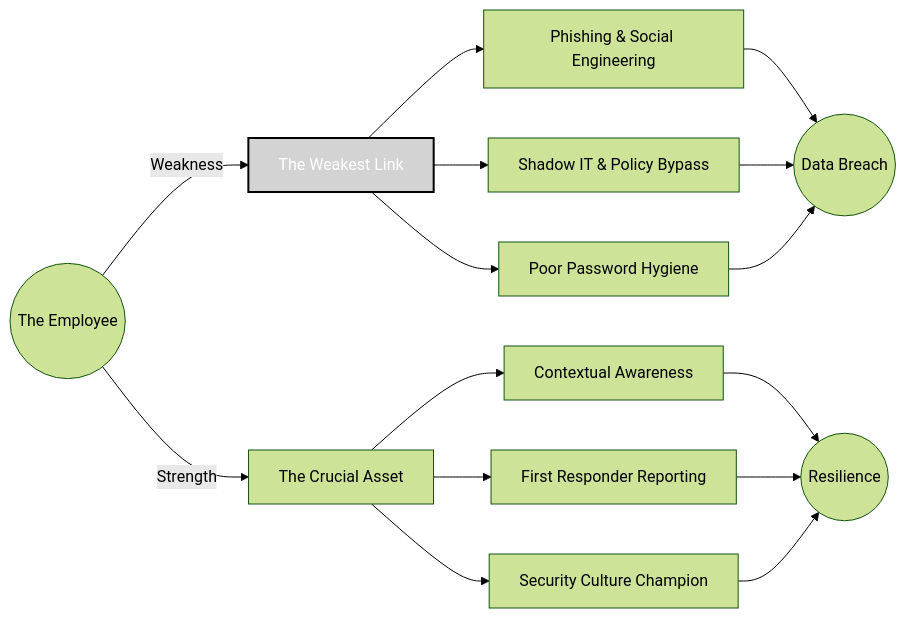
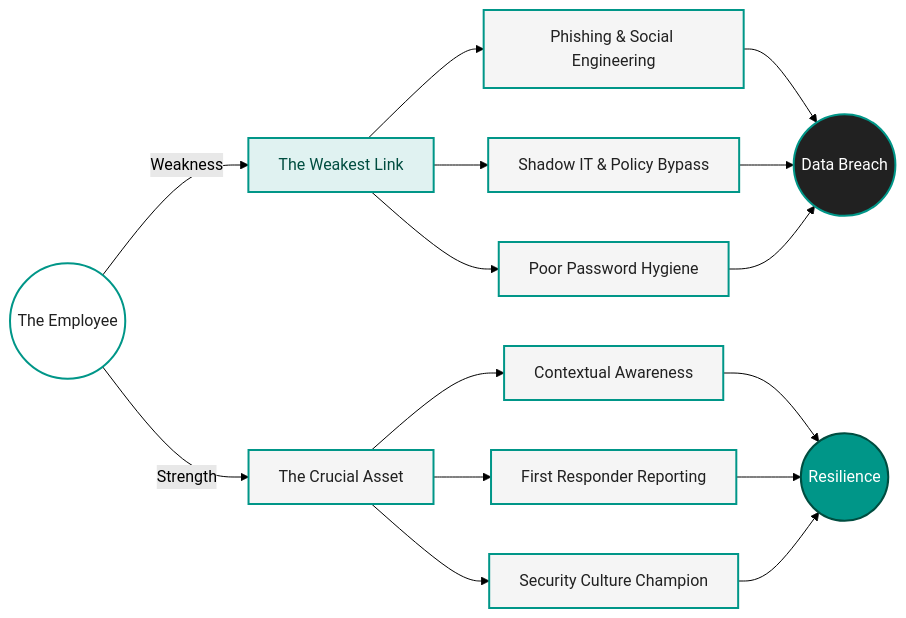
Before and after one commit to lorenzoleonelli/CISSP-Zero-to-Hero: the first of 2 diagrams in DOMAIN1 - Security and Risk Management/1.8 Contribute to and enforce personnel security policies and procedures.md, drawn with Mermaid (forest theme). The commit also changed other lines of this file and 3 other files, not shown here.

````diff
--- a/DOMAIN1 - Security and Risk Management/1.8 Contribute to and enforce personnel security policies and procedures.md
+++ b/DOMAIN1 - Security and Risk Management/1.8 Contribute to and enforce personnel security policies and procedures.md
@@ -9,21 +9,28 @@
 ```mermaid
 graph LR
     User((The Employee))
     
     %% The Weakest Link Side
     User -->|Weakness| WL[The Weakest Link]
     WL --> S1[Phishing & Social Engineering]
     WL --> S2[Shadow IT & Policy Bypass]
     WL --> S3[Poor Password Hygiene]
     S1 & S2 & S3 --> Threat((Data Breach))
 
     %% The Crucial Asset Side
     User -->|Strength| AS[The Crucial Asset]
     AS --> R1[Contextual Awareness]
     AS --> R2[First Responder Reporting]
     AS --> R3[Security Culture Champion]
     R1 & R2 & R3 --> Defense((Resilience))
 
-    style WL fill:#d3d3d3,stroke:#333,stroke-width:2px,color:#000 style AS fill:#f0f0f0,stroke:#333,stroke-width:2px,color:#000 style Threat fill:#333,color:#fff,stroke-width:2px style Defense fill:#666,color:#fff,stroke-width:2px style User fill:#fff,stroke:#000,stroke-width:2px
+    
+style WL fill:#e0f2f1,stroke:#009688,stroke-width:2px,color:#004d40
+style AS fill:#f5f5f5,stroke:#009688,stroke-width:2px,color:#212121
+style Threat fill:#212121,stroke:#009688,stroke-width:2px,color:#ffffff
+style Defense fill:#009688,stroke:#004d40,stroke-width:2px,color:#ffffff
+style User fill:#ffffff,stroke:#009688,stroke-width:2px,color:#212121
+
+classDef default fill:#f5f5f5,stroke:#009688,stroke-width:2px,color:#212121;
 
 ```
````
